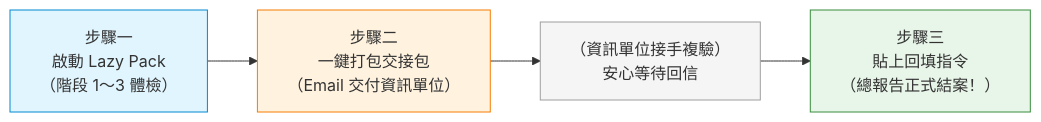
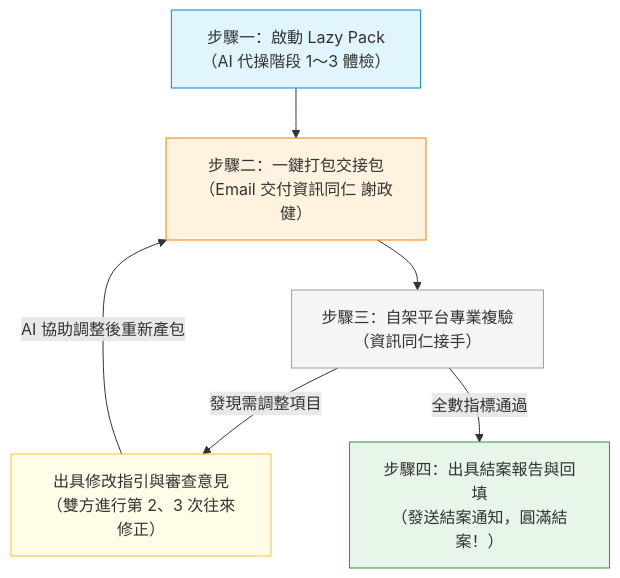
Before and after one commit to argen9988/art-collector-recommender: the diagram in docs/letter-to-users-lazy-pack-guide.md, drawn with Mermaid. The commit also changed other lines of this file and 1 other file, not shown here.

Commit message:
docs: 完善業務端 Lazy Pack 說明信與資訊端自架複驗結案報告指引

````diff
--- a/docs/letter-to-users-lazy-pack-guide.md
+++ b/docs/letter-to-users-lazy-pack-guide.md
@@ -30,11 +30,14 @@
 ```mermaid
-flowchart LR
-    A["步驟一<br>啟動 Lazy Pack<br>（階段 1～3 體檢）"] --> B["步驟二<br>一鍵打包交接包<br>（Email 交付資訊單位）"]
-    B --> C["（資訊單位接手複驗）<br>安心等待回信"]
-    C --> D["步驟三<br>貼上回填指令<br>（總報告正式結案！）"]
+flowchart TD
+    A["步驟一：啟動 Lazy Pack<br>（AI 代操階段 1～3 體檢）"] --> B["步驟二：一鍵打包交接包<br>（Email 交付資訊同仁 謝政健）"]
+    B --> C["步驟三：自架平台專業複驗<br>（資訊同仁接手）"]
+    C -->|發現需調整項目| C1["出具修改指引與審查意見<br>（雙方進行第 2、3 次往來修正）"]
+    C1 -->|AI 協助調整後重新產包| B
+    C -->|全數指標通過| D["步驟四：出具結案報告與回填<br>（發送結案通知，圓滿結案！）"]
 
     style A fill:#e1f5fe,stroke:#0288d1
     style B fill:#fff3e0,stroke:#f57c00
     style C fill:#f5f5f5,stroke:#9e9e9e
+    style C1 fill:#fffde7,stroke:#fbc02d
     style D fill:#e8f5e9,stroke:#388e3c
 ```
````
